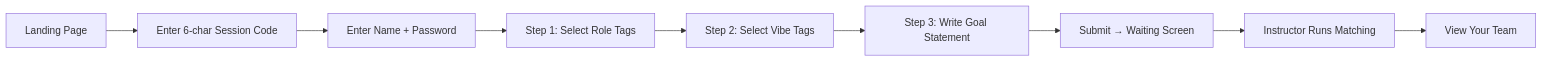
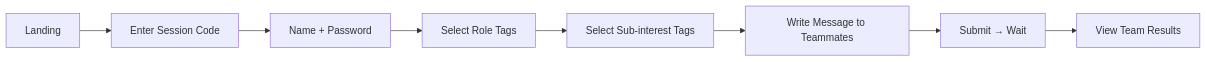
One commit to jongwyi/who-to-v2 changed the second of 2 diagrams in PRD.md. Above: the diagram before and after it, drawn with Mermaid. The commit also changed other lines of this file and 3 other files, not shown here.

````diff
--- a/PRD.md
+++ b/PRD.md
@@ -40,11 +36,10 @@
 ```mermaid
 flowchart LR
-    A[Landing Page] --> B[Enter 6-char Session Code]
-    B --> C[Enter Name + Password]
-    C --> D[Step 1: Select Role Tags]
-    D --> E[Step 2: Select Vibe Tags]
-    E --> F[Step 3: Write Goal Statement]
-    F --> G[Submit → Waiting Screen]
-    G --> H[Instructor Runs Matching]
-    H --> I[View Your Team]
+    A[Landing] --> B[Enter Session Code]
+    B --> C[Name + Password]
+    C --> D[Select Role Tags]
+    D --> E[Select Sub-interest Tags]
+    E --> F[Write Message to Teammates]
+    F --> G[Submit → Wait]
+    G --> H[View Team Results]
 ```
````
